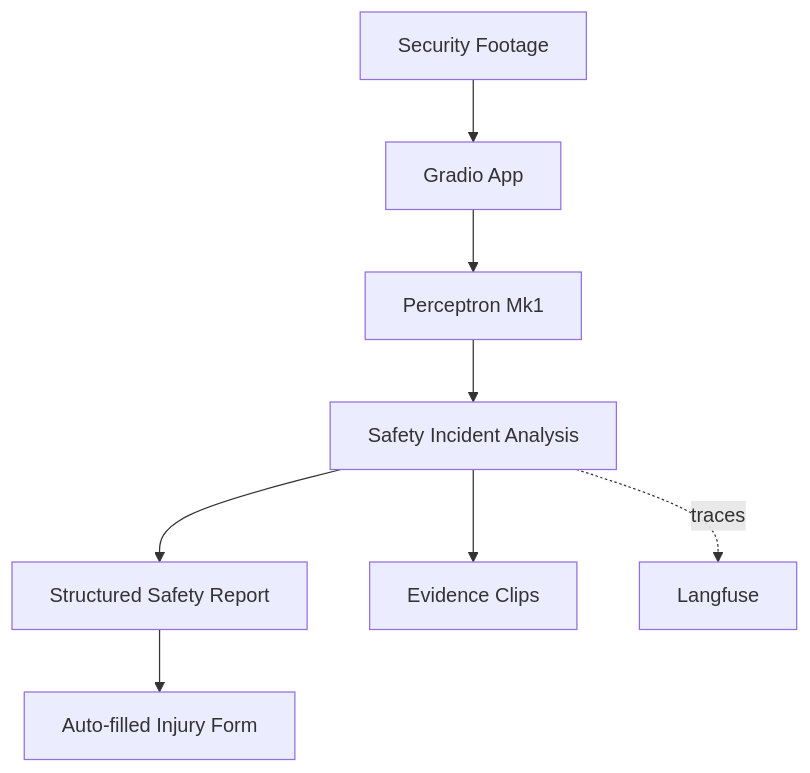
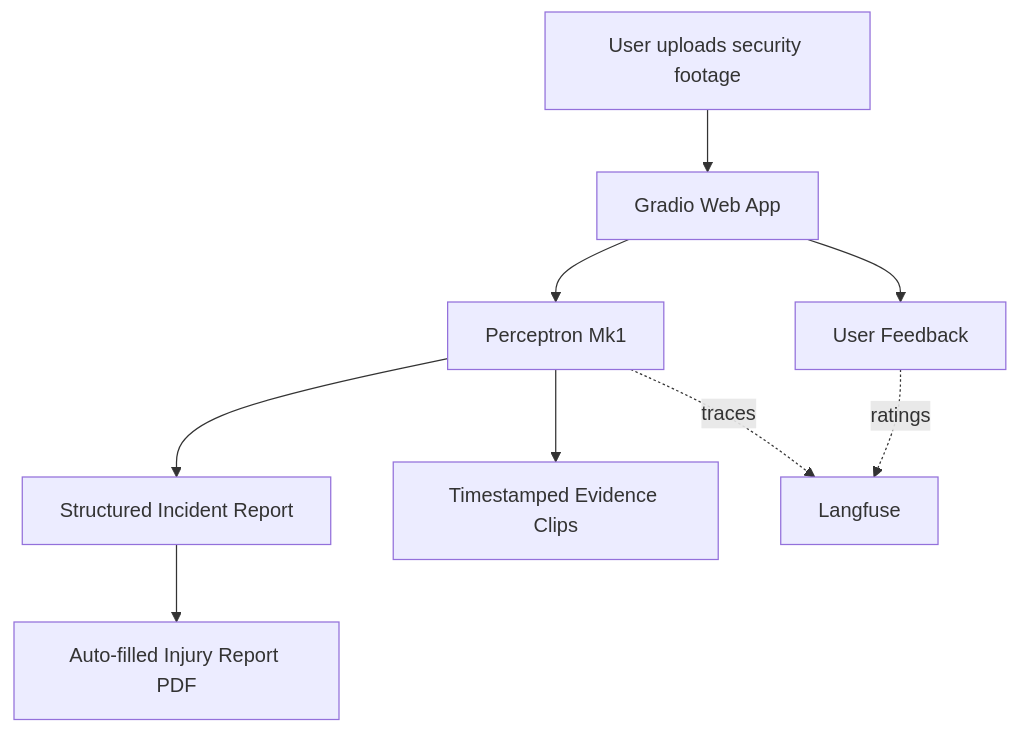
Before and after one commit to aanikaatluri/perceptron: the first of 2 diagrams in OVERVIEW.md, drawn with Mermaid.

````diff
--- a/OVERVIEW.md
+++ b/OVERVIEW.md
@@ -44,18 +44,19 @@
 ```mermaid
 graph TD
-    U["Security Footage"]
-    UI["Gradio App"]
+    U["User uploads security footage"]
+    UI["Gradio Web App"]
 
     U --> UI
 
     UI --> API["Perceptron Mk1"]
 
-    API --> Incident["Safety Incident Analysis"]
+    API --> Report["Structured Incident Report"]
+    API --> Clips["Timestamped Evidence Clips"]
 
-    Incident --> Report["Structured Safety Report"]
-    Incident --> Clips["Evidence Clips"]
+    Report --> PDF["Auto-filled Injury Report PDF"]
 
-    Report --> PDF["Auto-filled Injury Form"]
+    UI --> FB["User Feedback"]
 
-    Incident -. "traces" .-> LF["Langfuse"]
+    API -. "traces" .-> LF["Langfuse"]
+    FB -. "ratings" .-> LF
 ```
````
